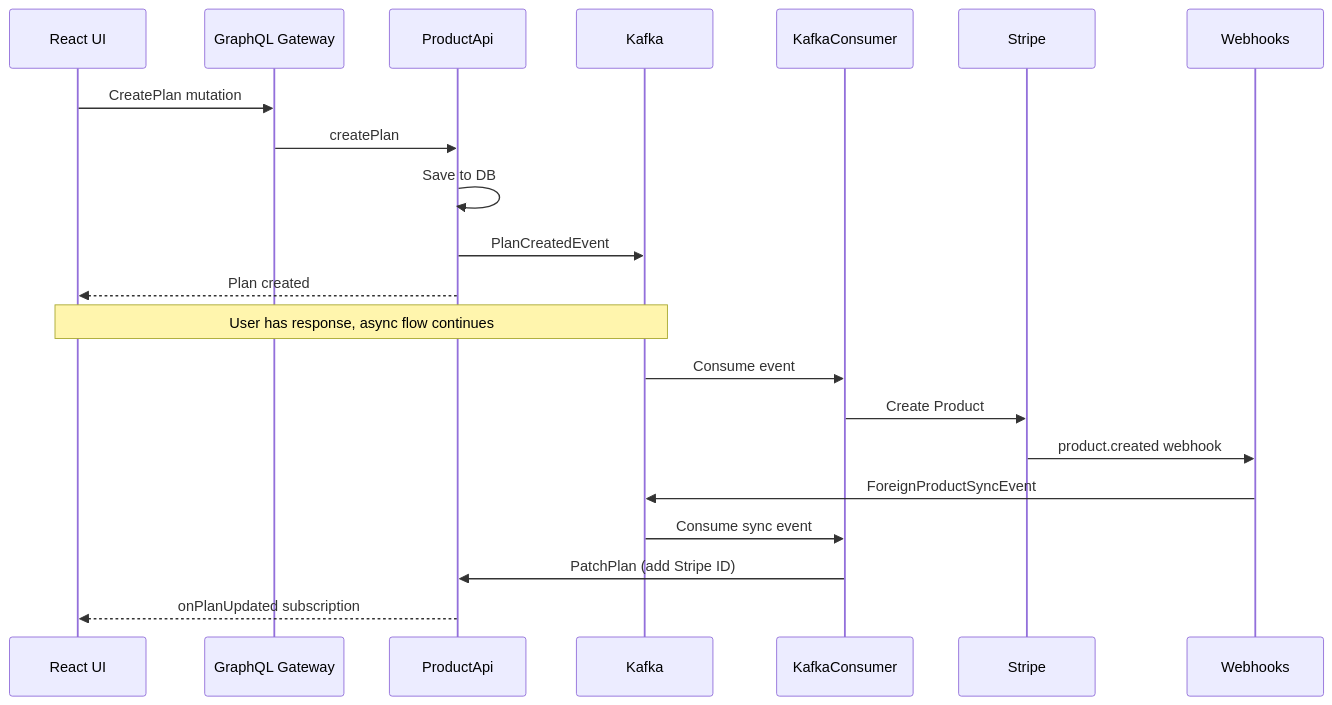
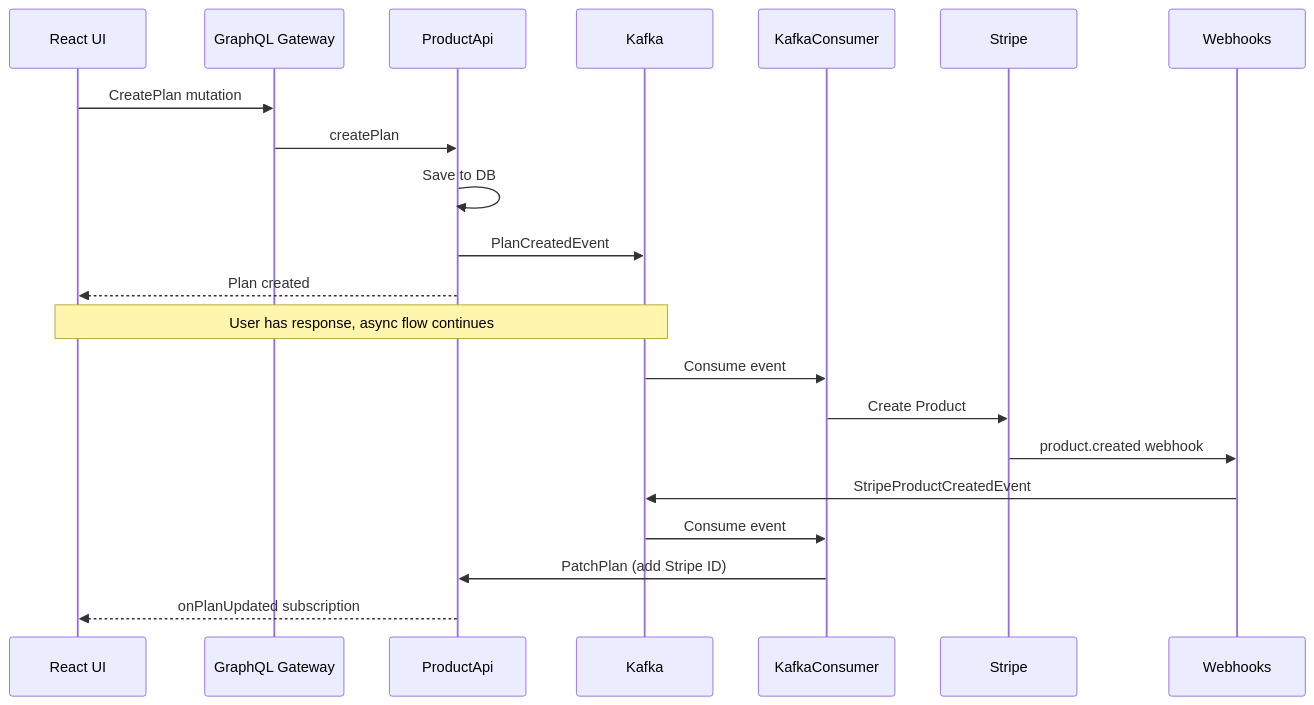
The diagram in mkdocs/docs/getting-started.md (getnudges/monov4), drawn with Mermaid before and after one commit. The commit also changed 37 other files, not shown here.

Commit message:
Got rid of foreign product concept in events

````diff
--- a/mkdocs/docs/getting-started.md
+++ b/mkdocs/docs/getting-started.md
@@ -111,26 +111,26 @@
 ```mermaid
 sequenceDiagram
     participant UI as React UI
     participant Gateway as GraphQL Gateway
     participant API as ProductApi
     participant Kafka
     participant Consumer as KafkaConsumer
     participant Stripe
     participant Webhooks
 
     UI->>Gateway: CreatePlan mutation
     Gateway->>API: createPlan
     API->>API: Save to DB
     API->>Kafka: PlanCreatedEvent
     API-->>UI: Plan created
 
     Note over UI,Kafka: User has response, async flow continues
 
     Kafka->>Consumer: Consume event
     Consumer->>Stripe: Create Product
     Stripe->>Webhooks: product.created webhook
-    Webhooks->>Kafka: ForeignProductSyncEvent
-    Kafka->>Consumer: Consume sync event
+    Webhooks->>Kafka: StripeProductCreatedEvent
+    Kafka->>Consumer: Consume event
     Consumer->>API: PatchPlan (add Stripe ID)
     API-->>UI: onPlanUpdated subscription
 ```
````
